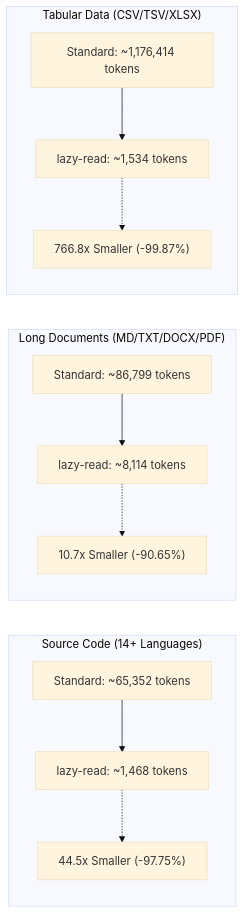
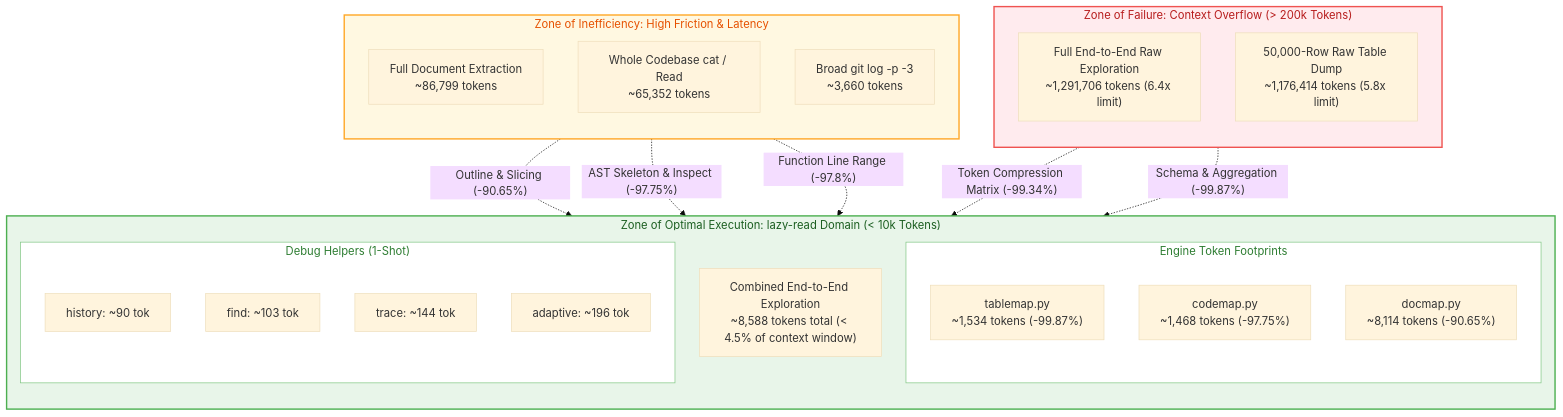
The diagram in README.md (kuihaphanich2542-prog/lazy-read), drawn with Mermaid (base theme) before and after one commit. The commit also changed other lines of this file, not shown here.

Commit message:
docs: replace charts with clean static cluster boundary diagram

````diff
--- a/README.md
+++ b/README.md
@@ -91,20 +79,43 @@
 ```mermaid
-flowchart LR
-    subgraph S1 ["Source Code (14+ Languages)"]
+graph TD
+    subgraph OVERFLOW ["Zone of Failure: Context Overflow (> 200k Tokens)"]
         direction TB
-        C1["Standard: ~65,352 tokens"] --> C2["lazy-read: ~1,468 tokens"]
-        C2 -.-> CR["44.5x Smaller (-97.75%)"]
+        RawAll["Full End-to-End Raw Exploration<br/>~1,291,706 tokens (6.4x limit)"]
+        RawTab["50,000-Row Raw Table Dump<br/>~1,176,414 tokens (5.8x limit)"]
     end
 
-    subgraph S2 ["Long Documents (MD/TXT/DOCX/PDF)"]
+    subgraph WORKABLE ["Zone of Inefficiency: High Friction & Latency"]
         direction TB
-        D1["Standard: ~86,799 tokens"] --> D2["lazy-read: ~8,114 tokens"]
-        D2 -.-> DR["10.7x Smaller (-90.65%)"]
+        RawDoc["Full Document Extraction<br/>~86,799 tokens"]
+        RawCode["Whole Codebase cat / Read<br/>~65,352 tokens"]
+        GitLog["Broad git log -p -3<br/>~3,660 tokens"]
     end
 
-    subgraph S3 ["Tabular Data (CSV/TSV/XLSX)"]
+    subgraph OPTIMIZED ["Zone of Optimal Execution: lazy-read Domain (< 10k Tokens)"]
         direction TB
-        T1["Standard: ~1,176,414 tokens"] --> T2["lazy-read: ~1,534 tokens"]
-        T2 -.-> TR["766.8x Smaller (-99.87%)"]
+        subgraph CLUSTER_ENGINES ["Engine Token Footprints"]
+            E_Tab["tablemap.py<br/>~1,534 tokens (-99.87%)"]
+            E_Code["codemap.py<br/>~1,468 tokens (-97.75%)"]
+            E_Doc["docmap.py<br/>~8,114 tokens (-90.65%)"]
+        end
+        subgraph CLUSTER_DEBUG ["Debug Helpers (1-Shot)"]
+            D_Hist["history: ~90 tok"]
+            D_Find["find: ~103 tok"]
+            D_Trace["trace: ~144 tok"]
+            D_Broad["adaptive: ~196 tok"]
+        end
+        SafeEnd["Combined End-to-End Exploration<br/>~8,588 tokens total (< 4.5% of context window)"]
     end
+
+    RawAll -.->|"Token Compression Matrix (-99.34%)"| SafeEnd
+    RawTab -.->|"Schema & Aggregation (-99.87%)"| E_Tab
+    RawDoc -.->|"Outline & Slicing (-90.65%)"| E_Doc
+    RawCode -.->|"AST Skeleton & Inspect (-97.75%)"| E_Code
+    GitLog -.->|"Function Line Range (-97.8%)"| D_Hist
+
+    style OVERFLOW fill:#ffebee,stroke:#ef5350,stroke-width:2px,color:#b71c1c
+    style WORKABLE fill:#fff8e1,stroke:#ffa726,stroke-width:2px,color:#e65100
+    style OPTIMIZED fill:#e8f5e9,stroke:#4caf50,stroke-width:2px,color:#1b5e20
+    style CLUSTER_ENGINES fill:#ffffff,stroke:#81c784,stroke-width:1px,color:#2e7d32
+    style CLUSTER_DEBUG fill:#ffffff,stroke:#81c784,stroke-width:1px,color:#2e7d32
 ```
````
